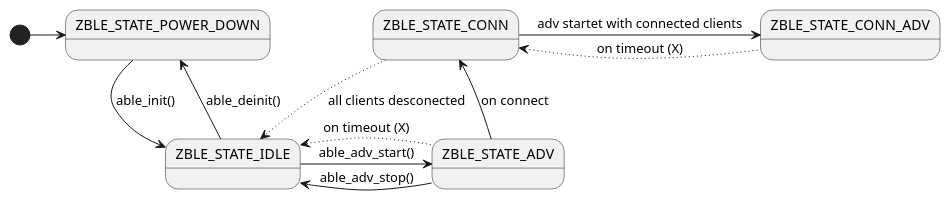
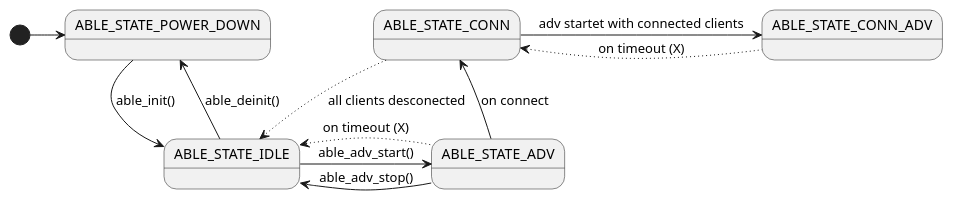
One commit to myfakemail0012/esp32_NTP changed the diagram in puml/able_states.puml. Above: the diagram before and after it, drawn with PlantUML.

Commit message:
FIXED States names

```diff
--- a/puml/able_states.puml
+++ b/puml/able_states.puml
@@ -1,25 +1,25 @@
 @startuml
 
-state ZBLE_STATE_POWER_DOWN
-state ZBLE_STATE_IDLE
-state ZBLE_STATE_ADV
-state ZBLE_STATE_CONN
-state ZBLE_STATE_CONN_ADV
+state ABLE_STATE_POWER_DOWN
+state ABLE_STATE_IDLE
+state ABLE_STATE_ADV
+state ABLE_STATE_CONN
+state ABLE_STATE_CONN_ADV
 
-[*] -> ZBLE_STATE_POWER_DOWN
-ZBLE_STATE_POWER_DOWN --> ZBLE_STATE_IDLE : able_init()
+[*] -> ABLE_STATE_POWER_DOWN
+ABLE_STATE_POWER_DOWN --> ABLE_STATE_IDLE : able_init()
 
-ZBLE_STATE_IDLE -> ZBLE_STATE_ADV : able_adv_start()
-ZBLE_STATE_IDLE <- ZBLE_STATE_ADV : able_adv_stop()
-ZBLE_STATE_IDLE <[dotted]- ZBLE_STATE_ADV : on timeout (X)
+ABLE_STATE_IDLE -> ABLE_STATE_ADV : able_adv_start()
+ABLE_STATE_IDLE <- ABLE_STATE_ADV : able_adv_stop()
+ABLE_STATE_IDLE <[dotted]- ABLE_STATE_ADV : on timeout (X)
 
-ZBLE_STATE_ADV -> ZBLE_STATE_CONN : on connect
+ABLE_STATE_ADV -> ABLE_STATE_CONN : on connect
 
-ZBLE_STATE_CONN -[dotted]-> ZBLE_STATE_IDLE : all clients desconected
+ABLE_STATE_CONN -[dotted]-> ABLE_STATE_IDLE : all clients desconected
 
-ZBLE_STATE_CONN -> ZBLE_STATE_CONN_ADV : adv startet with connected clients
-ZBLE_STATE_CONN <[dotted]- ZBLE_STATE_CONN_ADV : on timeout (X)
+ABLE_STATE_CONN -> ABLE_STATE_CONN_ADV : adv startet with connected clients
+ABLE_STATE_CONN <[dotted]- ABLE_STATE_CONN_ADV : on timeout (X)
 
-ZBLE_STATE_IDLE -up-> ZBLE_STATE_POWER_DOWN : able_deinit()
+ABLE_STATE_IDLE -up-> ABLE_STATE_POWER_DOWN : able_deinit()
 
 @enduml
```
